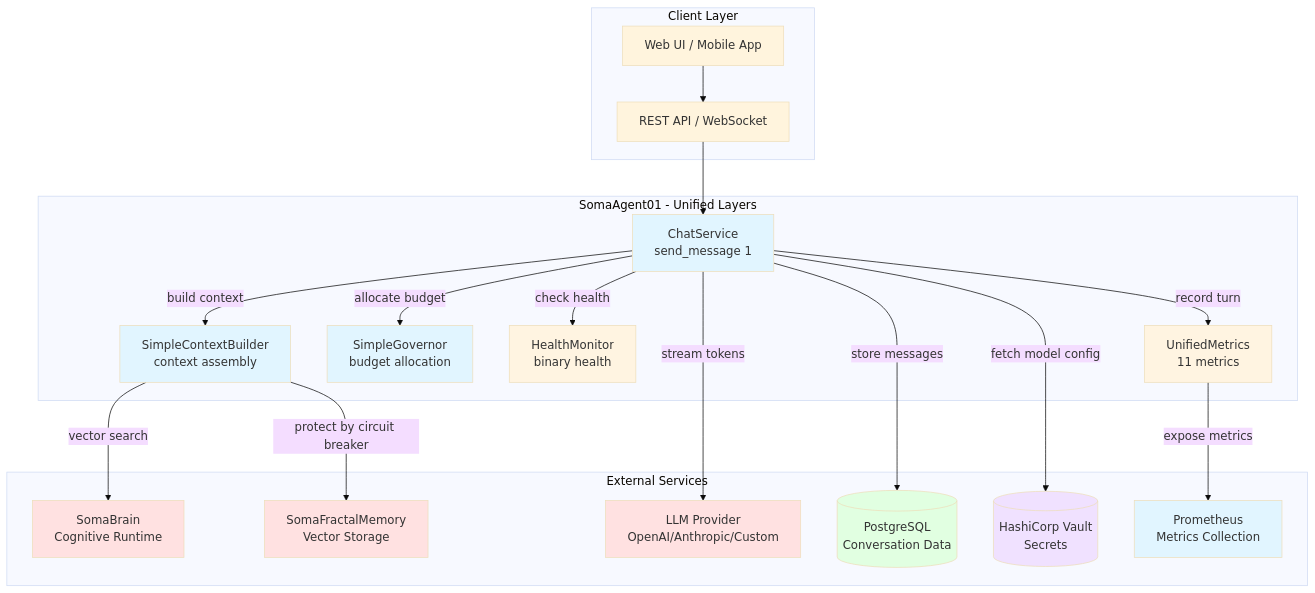
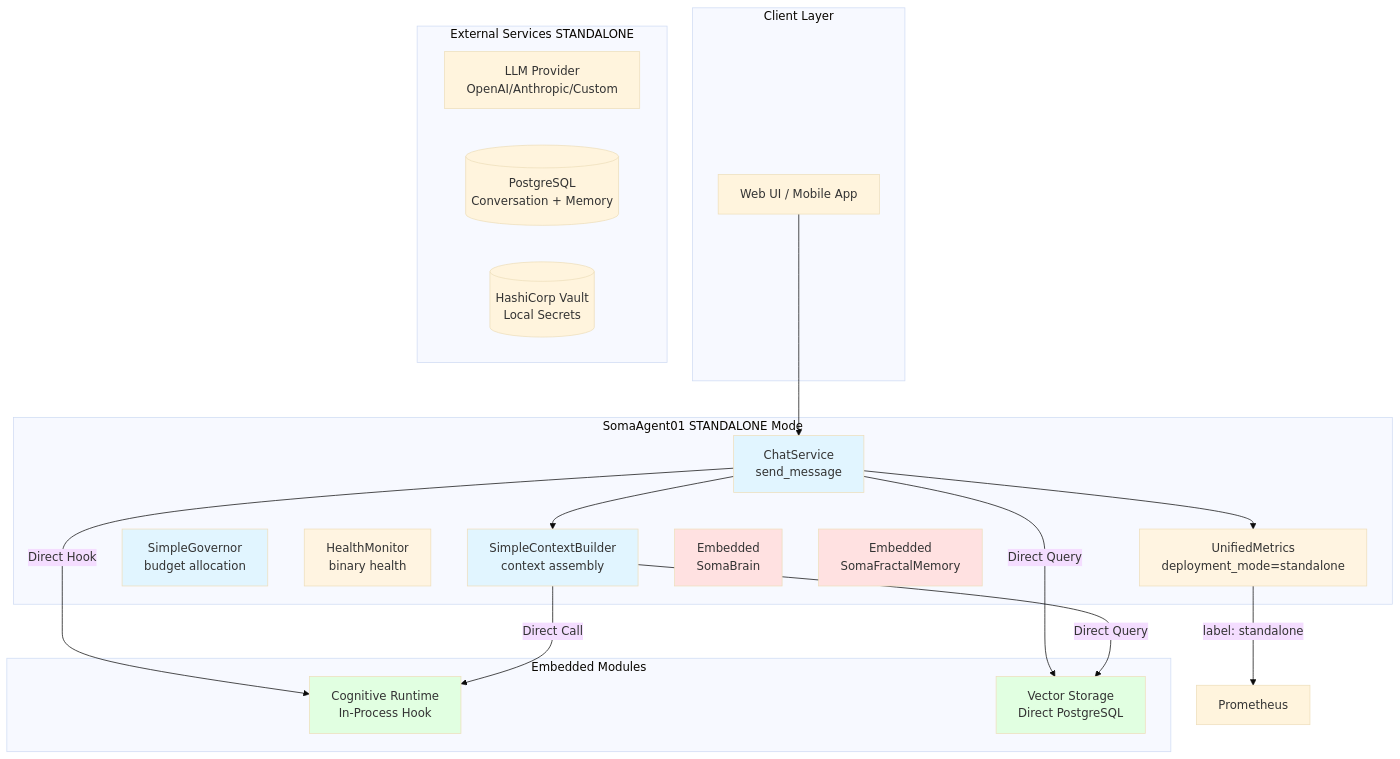
The second of 10 diagrams in docs/srs/SRS-UNIFIED-LAYERS-PRODUCTION-READY.md (somatechlat/somaagent01), drawn with Mermaid (base theme) before and after one commit. The commit also changed other lines of this file and 9 other files, not shown here.

````diff
--- a/docs/srs/SRS-UNIFIED-LAYERS-PRODUCTION-READY.md
+++ b/docs/srs/SRS-UNIFIED-LAYERS-PRODUCTION-READY.md
@@ -84,49 +173,46 @@
 ```mermaid
 graph TB
     subgraph "Client Layer"
         UI[Web UI / Mobile App]
-        API[REST API / WebSocket]
     end
 
-    subgraph "SomaAgent01 - Unified Layers"
-        Chat[ChatService<br/>send_message 1]
-        Metrics[UnifiedMetrics<br/>11 metrics]
+    subgraph "SomaAgent01 STANDALONE Mode"
+        Chat[ChatService<br/>send_message]
+        Metrics[UnifiedMetrics<br/>deployment_mode=standalone]
         Governor[SimpleGovernor<br/>budget allocation]
         Health[HealthMonitor<br/>binary health]
         Builder[SimpleContextBuilder<br/>context assembly]
+        EmbedBrain[Embedded<br/>SomaBrain]
+        EmbedMemory[Embedded<br/>SomaFractalMemory]
     end
 
-    subgraph "External Services"
-        SomaBrain[SomaBrain<br/>Cognitive Runtime]
-        SomaMem[SomaFractalMemory<br/>Vector Storage]
-        LLM[LLM Provider<br/>OpenAI/Anthropic/Custom]
-        DB[(PostgreSQL<br/>Conversation Data)]
-        Vault[(HashiCorp Vault<br/>Secrets)]
-        Prometheus[Prometheus<br/>Metrics Collection]
+    subgraph "Embedded Modules"
+        SBBrain[Cognitive Runtime<br/>In-Process Hook]
+        SFMStore[Vector Storage<br/>Direct PostgreSQL]
     end
 
-    UI --> API
-    API --> Chat
-    Chat -->|record turn| Metrics
-    Chat -->|check health| Health
-    Chat -->|allocate budget| Governor
-    Chat -->|build context| Builder
-    Builder -->|vector search| SomaBrain
-    Builder -->|protect by circuit breaker| SomaMem
-    Chat -->|fetch model config| Vault
-    Chat -->|stream tokens| LLM
-    Chat -->|store messages| DB
-    Metrics -->|expose metrics| Prometheus
+    subgraph "External Services STANDALONE"
+        LLM[LLM Provider<br/>OpenAI/Anthropic/Custom]
+        DB[(PostgreSQL<br/>Conversation + Memory)]
+        Vault[(HashiCorp Vault<br/>Local Secrets)]
+    end
+
+    UI --> Chat
+    Chat -->|Direct Hook| SBBrain
+    Chat -->|Direct Query| SFMStore
+    Chat --> Metrics
+    Chat --> Builder
+    Builder -->|Direct Call| SBBrain
+    Builder -->|Direct Query| SFMStore
+    Metrics -->|label: standalone| Prometheus
 
     style Chat fill:#e1f5ff
     style Metrics fill:#fff4e1
     style Governor fill:#e1f5ff
     style Health fill:#fff4e1
     style Builder fill:#e1f5ff
-    style SomaBrain fill:#ffe1e1
-    style SomaMem fill:#ffe1e1
-    style LLM fill:#ffe1e1
-    style DB fill:#e1ffe1
-    style Vault fill:#f0e1ff
-    style Prometheus fill:#e1f5ff
+    style EmbedBrain fill:#ffe1e1
+    style EmbedMemory fill:#ffe1e1
+    style SBBrain fill:#e1ffe1
+    style SFMStore fill:#e1ffe1
 ```
````
